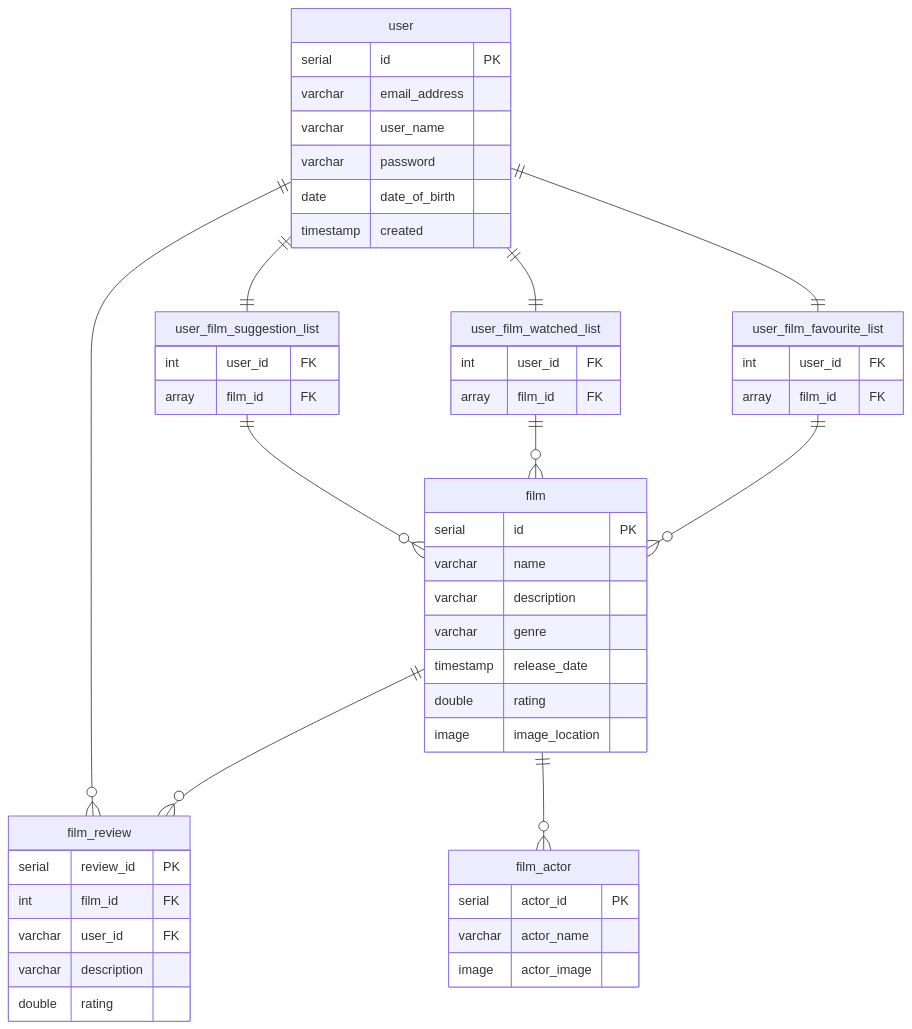
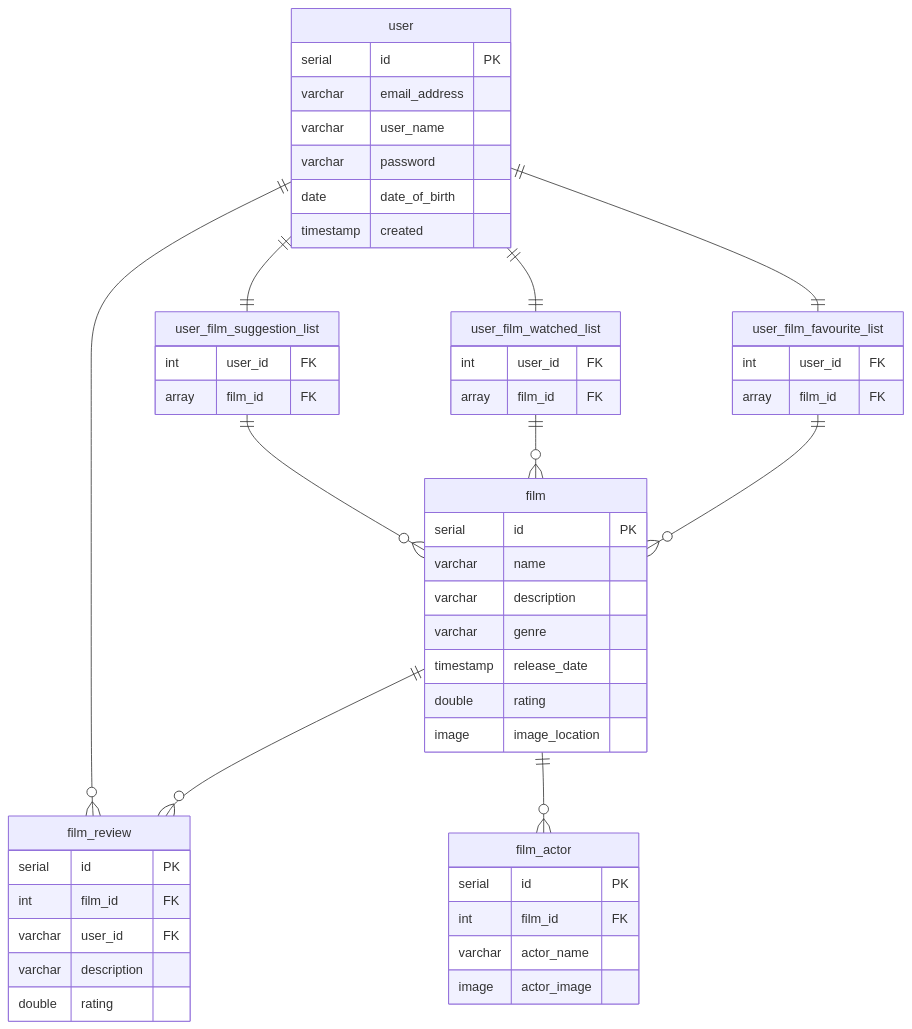
Before and after one commit to Niall96/HeresAFilm: the second of 2 diagrams in README.md, drawn with Mermaid.

````diff
--- a/README.md
+++ b/README.md
@@ -44,54 +44,55 @@
 ```mermaid
 erDiagram 
  user ||--|| user_film_favourite_list : ""
  user ||--|| user_film_suggestion_list : ""
  user ||--|| user_film_watched_list: ""
  user_film_favourite_list ||--o{ film : ""
  user_film_watched_list ||--o{ film : ""
  user_film_suggestion_list ||--o{ film : ""
  film ||--o{ film_review : ""
  film ||--o{ film_actor : ""
  user ||--o{ film_review : ""
  
  user {
         serial id PK
         varchar email_address
         varchar user_name
         varchar password
         date date_of_birth
         timestamp created
     }
  user_film_favourite_list {
                  int user_id FK
                  array film_id FK
               }
  user_film_watched_list {
                  int user_id FK
                  array film_id FK
               }
  user_film_suggestion_list {
                   int user_id FK
                   array film_id FK
                }
  film {
       serial id PK
       varchar name
       varchar description
       varchar genre
       timestamp release_date
       double rating
       image image_location
       }
  film_review {
-             serial review_id PK
+             serial id PK
              int film_id FK
              varchar user_id FK
              varchar description
              double rating
            }
  film_actor {
-       serial actor_id PK
+       serial id PK
+       int film_id FK
        varchar actor_name
        image actor_image
      }
 ```
````
